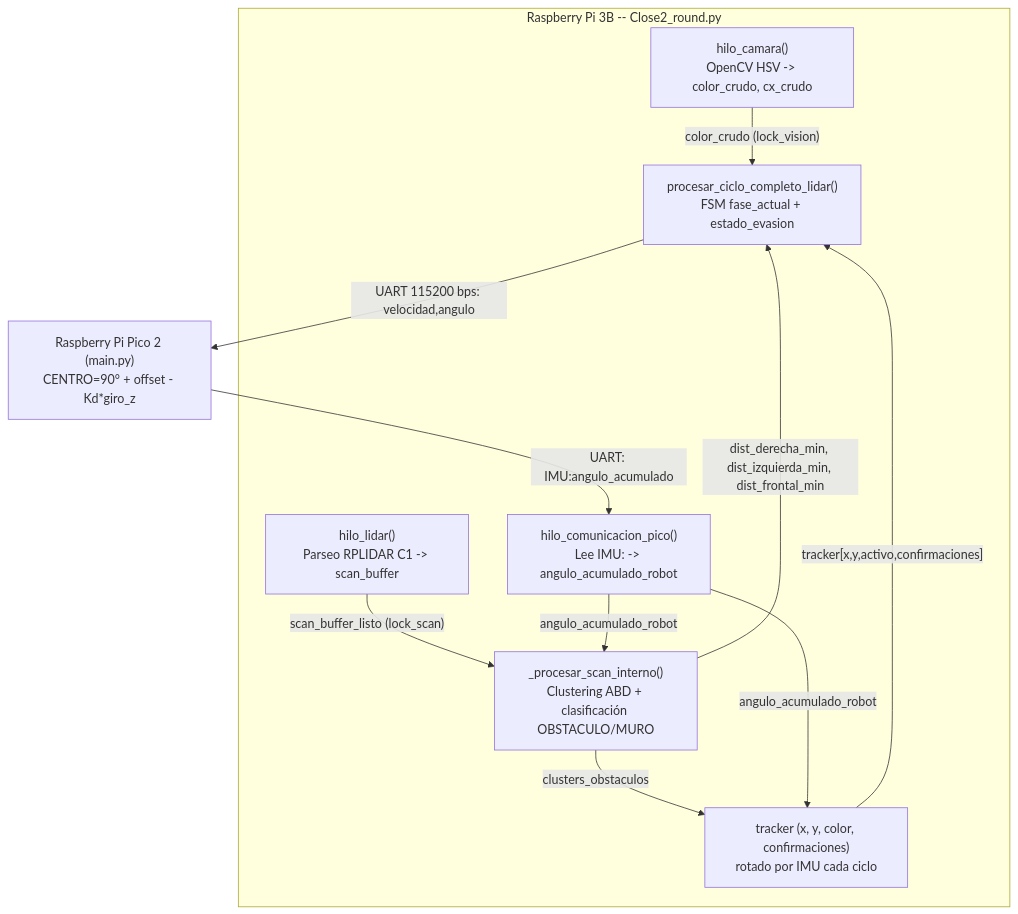
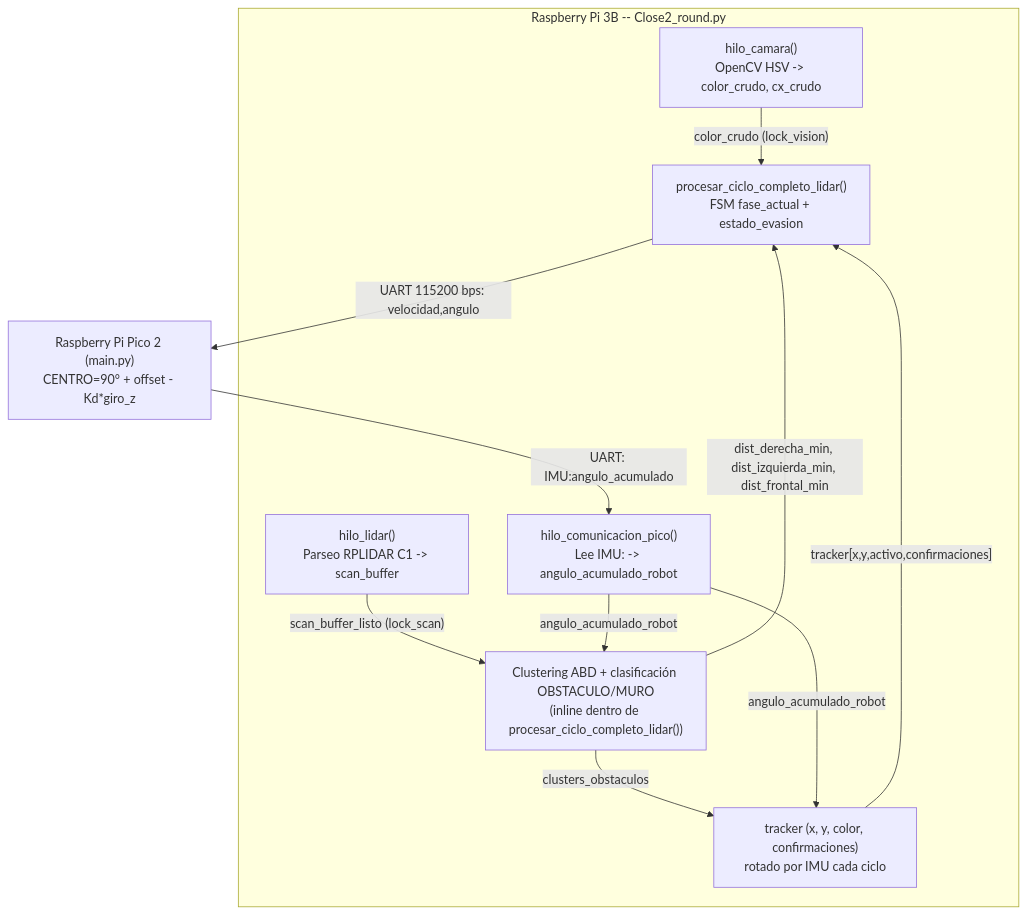
The fourth of 4 diagrams in README.md (Team-Los-Cedros/WRO-FE-26), drawn with Mermaid before and after one commit. The commit also changed other lines of this file, not shown here.

First line of the commit message:
docs: auditar los 4 diagramas Mermaid del repo contra el codigo real

````diff
--- a/README.md
+++ b/README.md
@@ -779,22 +781,22 @@
 ```mermaid
 flowchart TD
     subgraph PI3B["Raspberry Pi 3B -- Close2_round.py"]
         CAM["hilo_camara()\nOpenCV HSV -> color_crudo, cx_crudo"]
         LID["hilo_lidar()\nParseo RPLIDAR C1 -> scan_buffer"]
         PICO_IN["hilo_comunicacion_pico()\nLee IMU: -> angulo_acumulado_robot"]
-        SCAN["_procesar_scan_interno()\nClustering ABD + clasificación OBSTACULO/MURO"]
+        SCAN["Clustering ABD + clasificación OBSTACULO/MURO\n(inline dentro de procesar_ciclo_completo_lidar())"]
         TRACK["tracker (x, y, color, confirmaciones)\nrotado por IMU cada ciclo"]
         FSM["procesar_ciclo_completo_lidar()\nFSM fase_actual + estado_evasion"]
     end
 
     CAM -- "color_crudo (lock_vision)" --> FSM
     LID -- "scan_buffer_listo (lock_scan)" --> SCAN
     PICO_IN -- "angulo_acumulado_robot" --> SCAN
     SCAN -- "clusters_obstaculos" --> TRACK
     PICO_IN -- "angulo_acumulado_robot" --> TRACK
     TRACK -- "tracker[x,y,activo,confirmaciones]" --> FSM
     SCAN -- "dist_derecha_min, dist_izquierda_min, dist_frontal_min" --> FSM
 
     FSM -- "UART 115200 bps: velocidad,angulo" --> PICO["Raspberry Pi Pico 2 (main.py)\nCENTRO=90° + offset - Kd*giro_z"]
     PICO -- "UART: IMU:angulo_acumulado" --> PICO_IN
 ```
````
